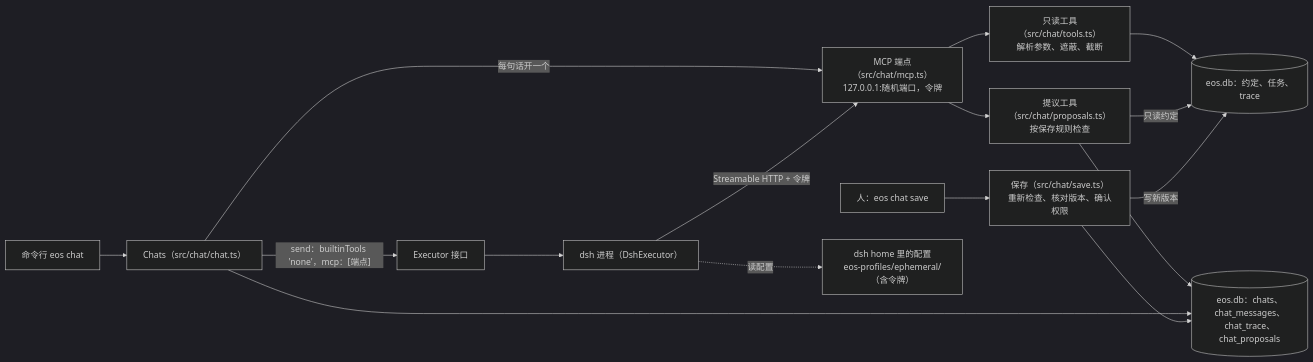
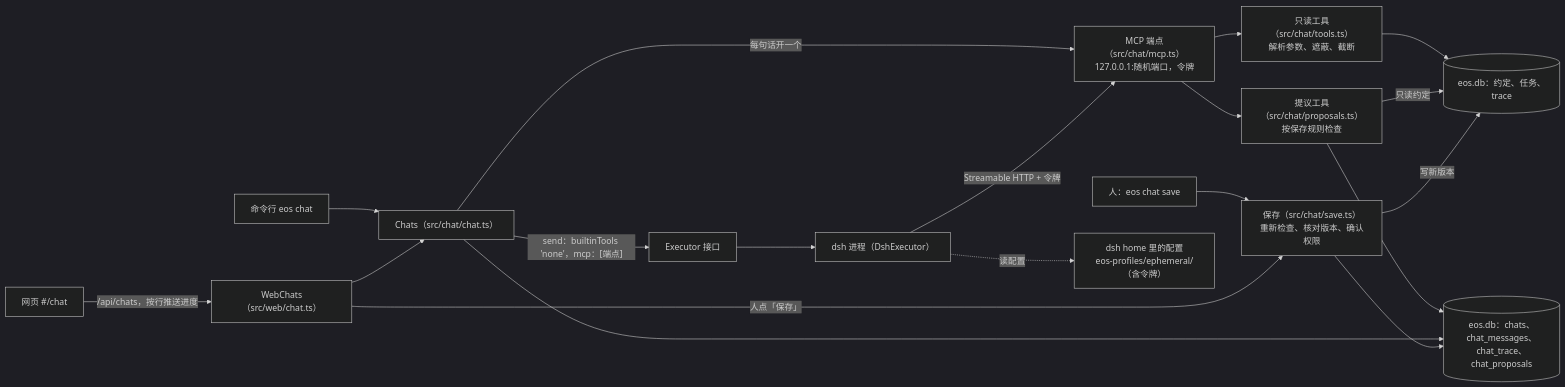
One commit to Izelzzz/Eos-workbench changed the diagram in docs/adr/008-chat-agent.md. Above: the diagram before and after it, drawn with Mermaid (dark theme). The commit also changed other lines of this file and 23 other files, not shown here.

````diff
--- a/docs/adr/008-chat-agent.md
+++ b/docs/adr/008-chat-agent.md
@@ -30,18 +30,21 @@
 ```mermaid
 flowchart LR
   user["命令行 eos chat"] --> chats["Chats（src/chat/chat.ts）"]
+  page["网页 #/chat"] -->|"/api/chats，按行推送进度"| web["WebChats（src/web/chat.ts）"]
+  web --> chats
   chats -->|每句话开一个| ep["MCP 端点（src/chat/mcp.ts）<br/>127.0.0.1:随机端口，令牌"]
   chats -->|"send：builtinTools 'none'，mcp：[端点]"| ex["Executor 接口"]
   ex --> dsh["dsh 进程（DshExecutor）"]
   dsh -->|Streamable HTTP + 令牌| ep
   ep --> tools["只读工具（src/chat/tools.ts）<br/>解析参数、遮蔽、截断"]
   ep --> propose["提议工具（src/chat/proposals.ts）<br/>按保存规则检查"]
   tools --> db[("eos.db：约定、任务、trace")]
   propose -->|只读约定| db
   propose --> chatdb
   chats --> chatdb[("eos.db：chats、chat_messages、chat_trace、chat_proposals")]
   human["人：eos chat save"] --> save["保存（src/chat/save.ts）<br/>重新检查、核对版本、确认权限"]
+  web -->|"人点「保存」"| save
   save --> chatdb
   save -->|写新版本| db
   dsh -. 读配置 .-> patch["dsh home 里的配置<br/>eos-profiles/ephemeral/（含令牌）"]
 ```
````
